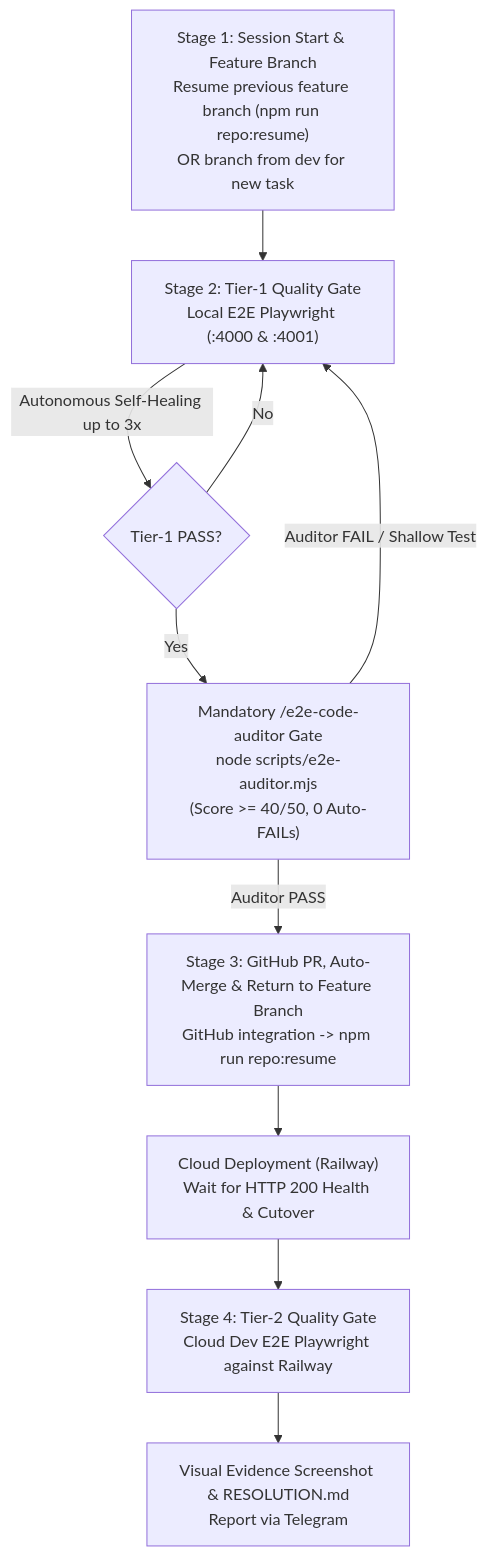
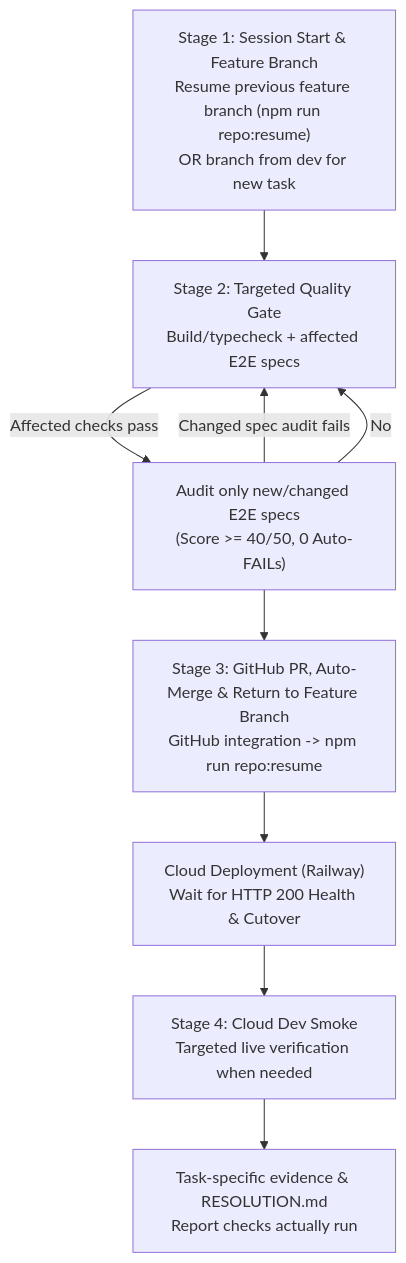
One commit to lyquangthai1993/logistics-website changed the diagram in .agents/skills/github-workflow/SKILL.md. Above: the diagram before and after it, drawn with Mermaid. The commit also changed other lines of this file and 8 other files, not shown here.

````diff
--- a/.agents/skills/github-workflow/SKILL.md
+++ b/.agents/skills/github-workflow/SKILL.md
@@ -52,12 +52,11 @@
 ```mermaid
 flowchart TD
-    A["Stage 1: Session Start & Feature Branch<br>Resume previous feature branch (npm run repo:resume)<br>OR branch from dev for new task"] --> B["Stage 2: Tier-1 Quality Gate<br>Local E2E Playwright (:4000 & :4001)"]
-    B -->|Autonomous Self-Healing up to 3x| C{"Tier-1 PASS?"}
-    C -->|Yes| AUD["Mandatory /e2e-code-auditor Gate<br>node scripts/e2e-auditor.mjs<br>(Score >= 40/50, 0 Auto-FAILs)"]
-    AUD -->|Auditor PASS| D["Stage 3: GitHub PR, Auto-Merge & Return to Feature Branch<br>GitHub integration -> npm run repo:resume"]
-    AUD -->|Auditor FAIL / Shallow Test| B
+    A["Stage 1: Session Start & Feature Branch<br>Resume previous feature branch (npm run repo:resume)<br>OR branch from dev for new task"] --> B["Stage 2: Targeted Quality Gate<br>Build/typecheck + affected E2E specs"]
+    B -->|Affected checks pass| C["Audit only new/changed E2E specs<br>(Score >= 40/50, 0 Auto-FAILs)"]
+    C --> D["Stage 3: GitHub PR, Auto-Merge & Return to Feature Branch<br>GitHub integration -> npm run repo:resume"]
+    C -->|Changed spec audit fails| B
     C -->|No| B
     D --> E["Cloud Deployment (Railway)<br>Wait for HTTP 200 Health & Cutover"]
-    E --> F["Stage 4: Tier-2 Quality Gate<br>Cloud Dev E2E Playwright against Railway"]
-    F --> G["Visual Evidence Screenshot & RESOLUTION.md<br>Report via Telegram"]
+    E --> F["Stage 4: Cloud Dev Smoke<br>Targeted live verification when needed"]
+    F --> G["Task-specific evidence & RESOLUTION.md<br>Report checks actually run"]
 ```
````
